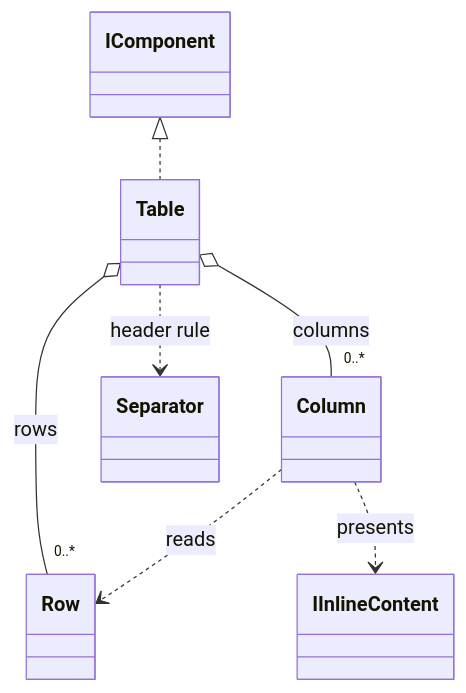
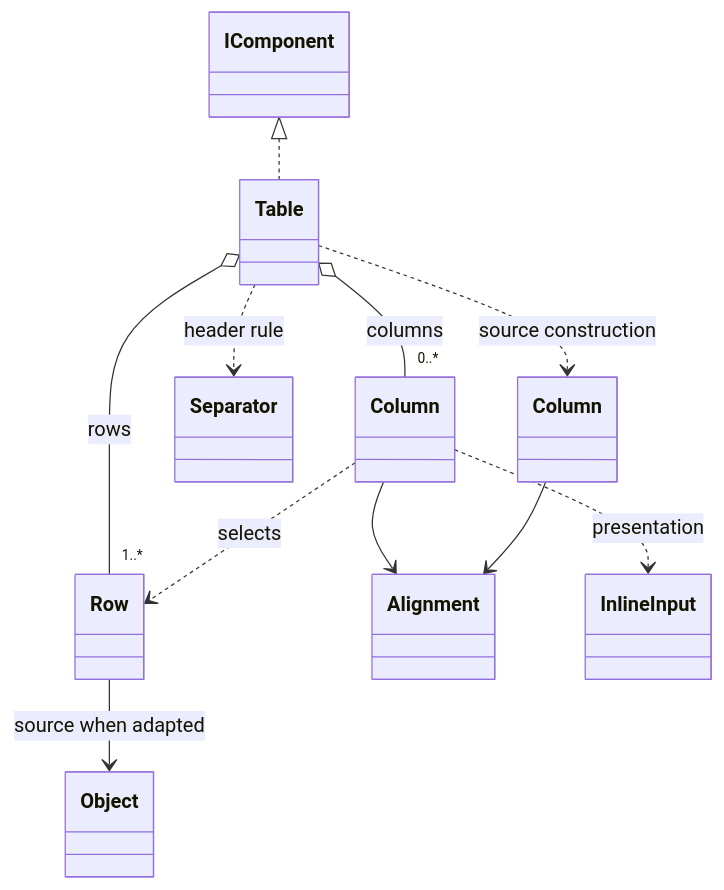
The diagram in docs/presentation/components/table.md (R3Neer/R3CLI), drawn with Mermaid before and after one commit. The commit also changed other lines of this file and 33 other files, not shown here.

````diff
--- a/docs/presentation/components/table.md
+++ b/docs/presentation/components/table.md
@@ -69,9 +94,14 @@
 ```mermaid
 classDiagram
     IComponent <|.. Table
-    Table o-- "0..*" Row : rows
+    Table o-- "1..*" Row : rows
     Table o-- "0..*" Column : columns
     Table ..> Separator : header rule
-    Column ..> Row : reads
-    Column ..> IInlineContent : presents
+    Column --> Alignment
+    Column ..> Row : selects
+    Column ..> InlineInput : presentation
+    class ColumnTData["Column<TData>"]
+    Table ..> ColumnTData : source construction
+    ColumnTData --> Alignment
+    Row --> Object : source when adapted
 ```
````
